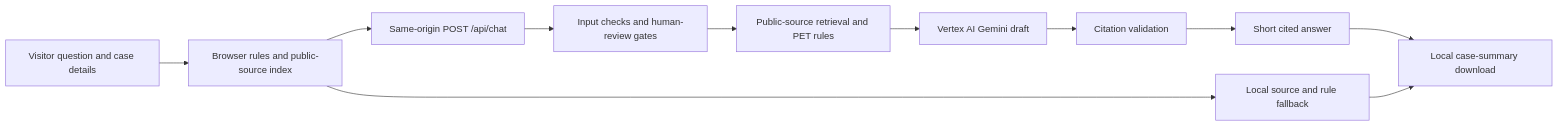
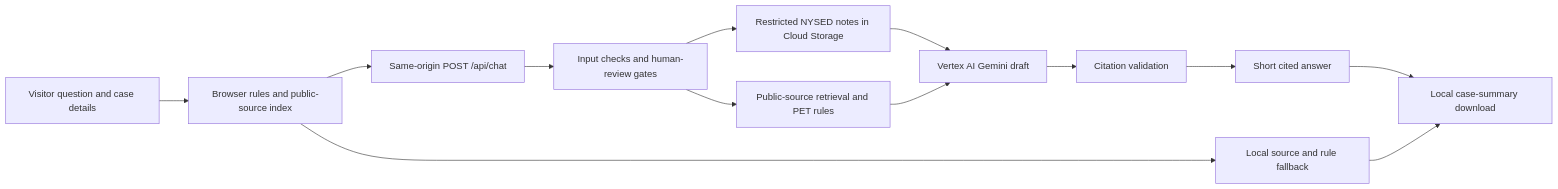
Before and after one commit to georgetown-mdi-gates4/pets_model: the diagram in docs/ARCHITECTURE.md, drawn with Mermaid. The commit also changed other lines of this file and 11 other files, not shown here.

Commit message:
Add private NYSED notes retrieval with public-only citations

````diff
--- a/docs/ARCHITECTURE.md
+++ b/docs/ARCHITECTURE.md
@@ -3,13 +3,15 @@
 ```mermaid
 flowchart LR
   A[Visitor question and case details] --> B[Browser rules and public-source index]
   B --> C[Same-origin POST /api/chat]
   C --> D[Input checks and human-review gates]
   D --> E[Public-source retrieval and PET rules]
+  D --> K[Restricted NYSED notes in Cloud Storage]
+  K --> F
   E --> F[Vertex AI Gemini draft]
   F --> G[Citation validation]
   G --> H[Short cited answer]
   B --> I[Local source and rule fallback]
   H --> J[Local case-summary download]
   I --> J
 ```
````
